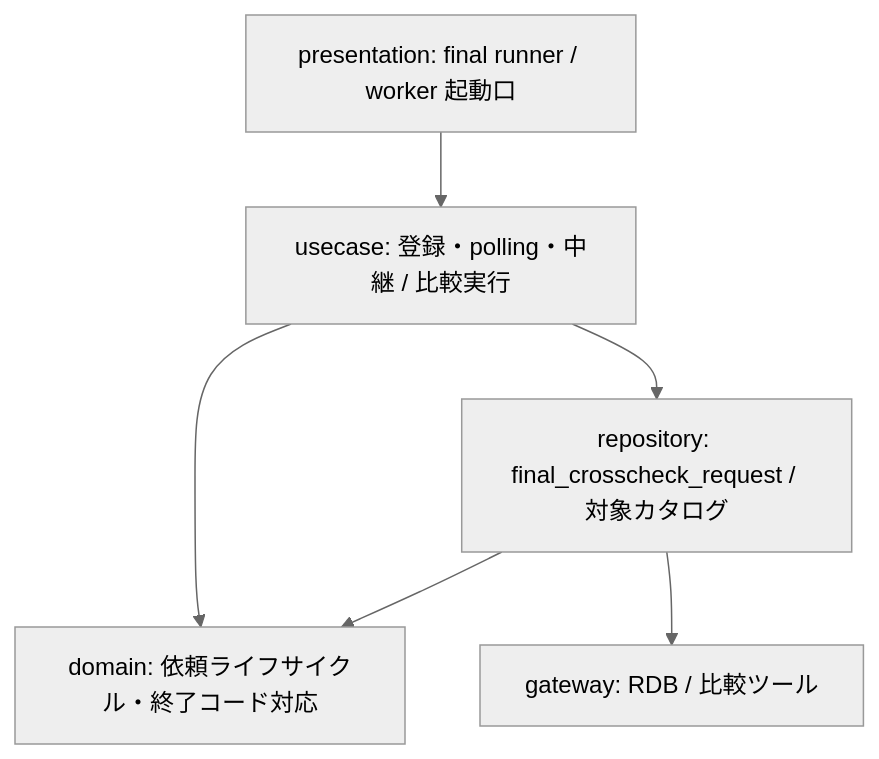
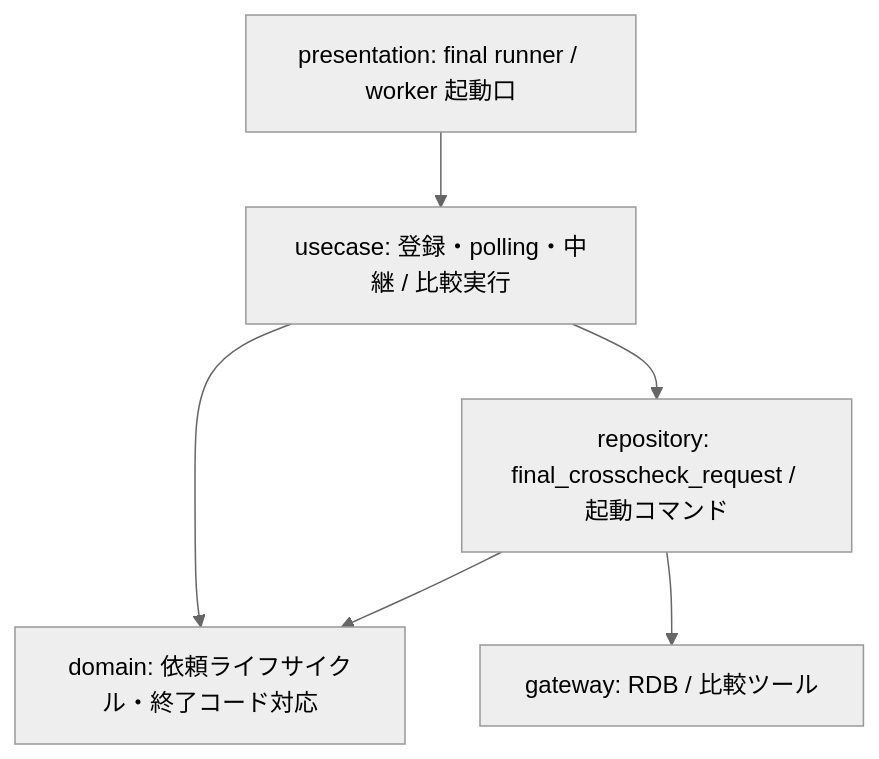
One commit to suwa-sh/relay-gate changed the sixth of 7 diagrams in docs/README.md. Above: the diagram before and after it, drawn with Mermaid (neutral theme). The commit also changed other lines of this file and 3014 other files, not shown here.

````diff
--- a/docs/README.md
+++ b/docs/README.md
@@ -181,8 +187,8 @@
 ```mermaid
 graph TD
 P[presentation: final runner / worker 起動口] --> U[usecase: 登録・polling・中継 / 比較実行]
 U --> D[domain: 依頼ライフサイクル・終了コード対応]
-U --> R[repository: final_crosscheck_request / 対象カタログ]
+U --> R[repository: final_crosscheck_request / 起動コマンド]
 R --> D
 R --> G[gateway: RDB / 比較ツール]
 ```
````
